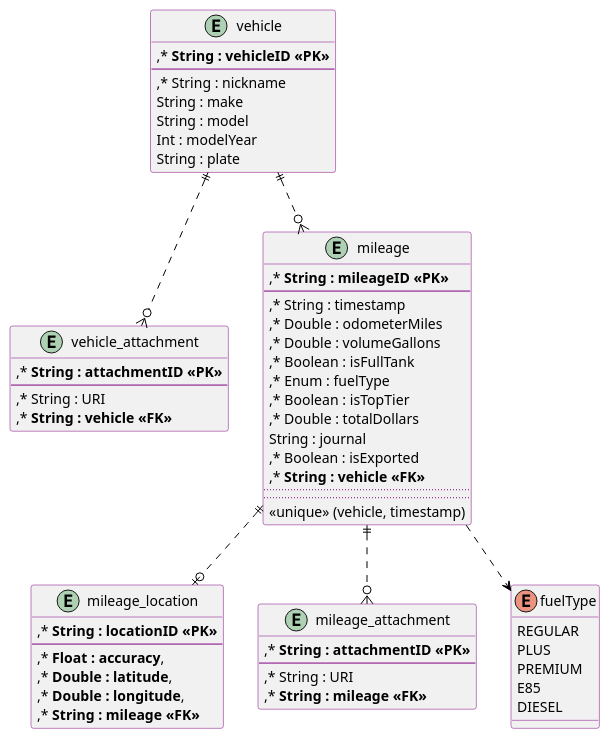
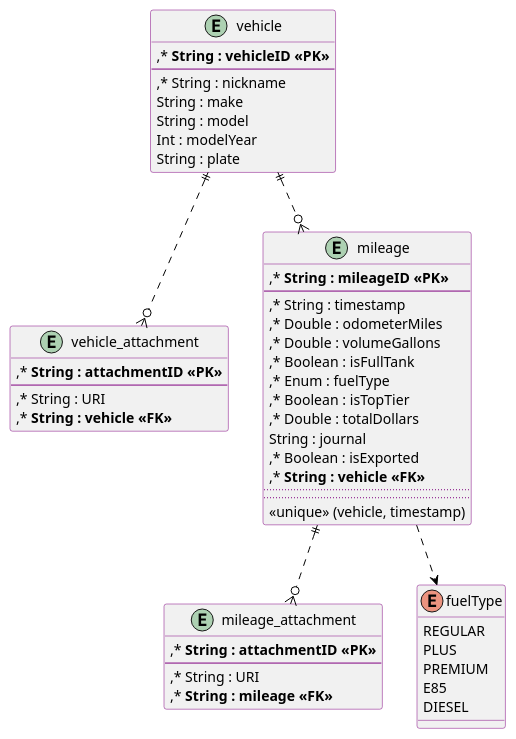
The first of 2 diagrams in README.org (officialBeebe/FuelBuddy), drawn with PlantUML before and after one commit. The commit also changed other lines of this file and 26 other files, not shown here.

```diff
--- a/README.org
+++ b/README.org
@@ -65,80 +65,70 @@
 #+begin_src plantuml :file diagrams/erd.svg :tangle diagrams/erd.puml :exports none :results none
 @startuml
 
 <style>
 classDiagram {
         Linecolor purple
         arrow {
                 FontColor black
                 LineColor black
         }
 }
 </style>
 
 entity "vehicle" as v {
         ,* **String : vehicleID <<PK>>**
         --
         ,* String : nickname
         String : make
         String : model
         Int : modelYear
         String : plate
 }
 
 entity "vehicle_attachment" as va {
         ,* **String : attachmentID <<PK>>**
         --
         ,* String : URI
         ,* **String : vehicle <<FK>>**
 }
 
 entity "mileage" as m {
         ,* **String : mileageID <<PK>>**
         --
         ,* String : timestamp
         ,* Double : odometerMiles
         ,* Double : volumeGallons
         ,* Boolean : isFullTank
         ,* Enum : fuelType
         ,* Boolean : isTopTier
         ,* Double : totalDollars
         String : journal
         ,* Boolean : isExported
         ,* **String : vehicle <<FK>>**
         ..
         ..
         <<unique>> (vehicle, timestamp)
 }
 
-entity "mileage_location" as ml {
-        ,* **String : locationID <<PK>>**
-        --
-        ,* **Float : accuracy**,
-        ,* **Double : latitude**,
-        ,* **Double : longitude**,
-        ,* **String : mileage <<FK>>**
-}
-
 entity "mileage_attachment" as ma {
         ,* **String : attachmentID <<PK>>**
         --
         ,* String : URI
         ,* **String : mileage <<FK>>**
 }
 
 enum "fuelType" as ft {
         REGULAR
         PLUS
         PREMIUM
         E85
         DIESEL
 }
 
 v ||..o{ va
 v ||..o{ m
 m ..> ft
 m ||..o{ ma
-m ||..o| ml
 
 @enduml
 #+end_src
```
